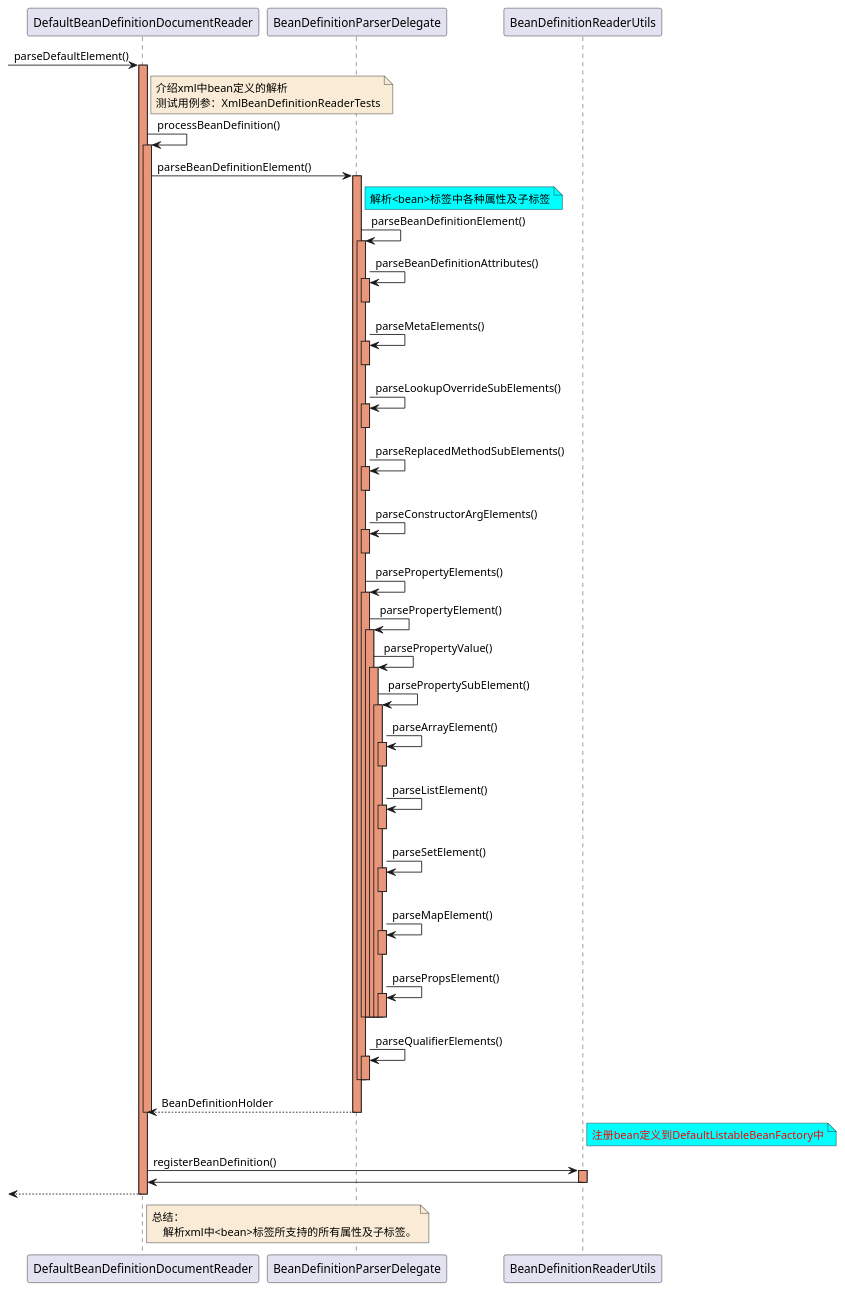
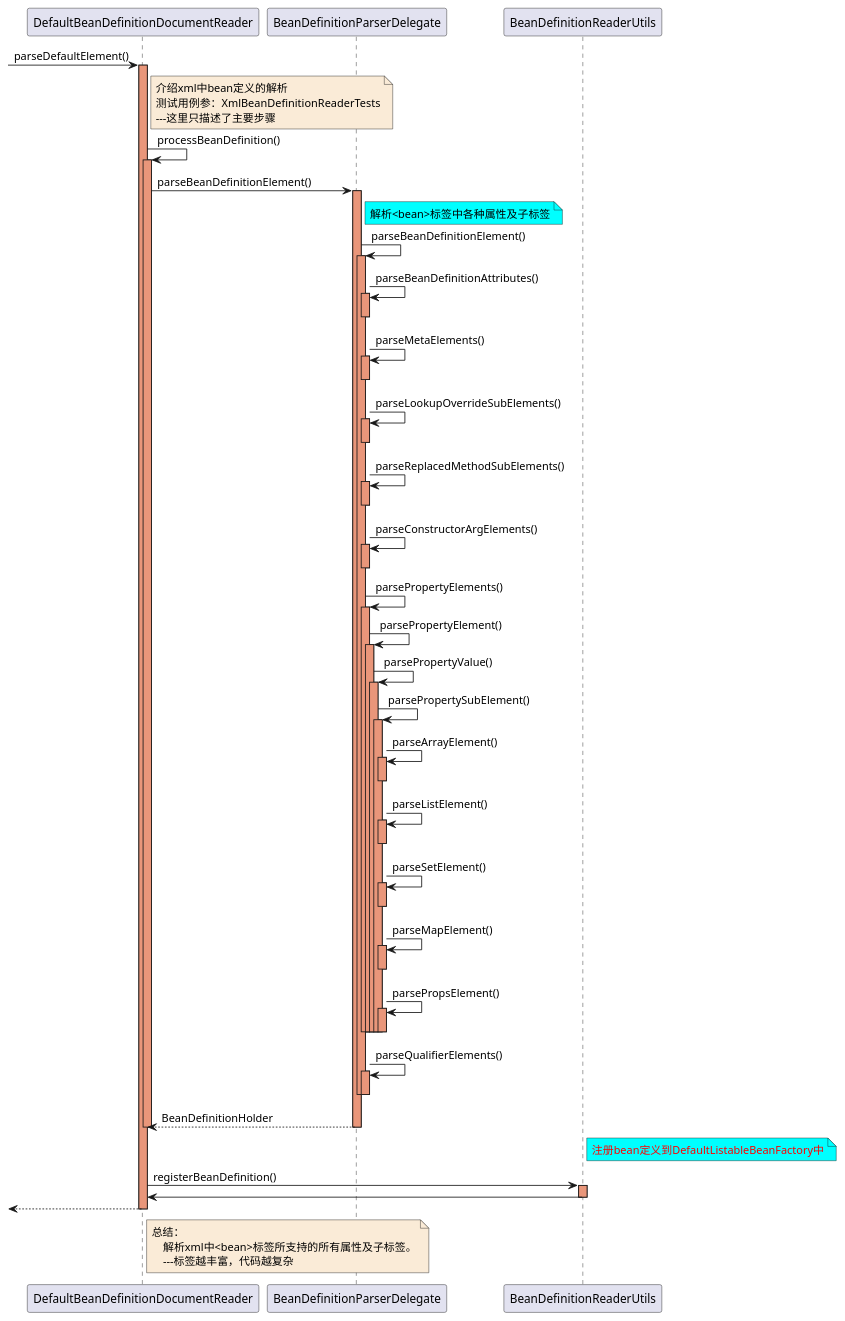
One commit to czwer/learn-spring-code changed the diagram in document/spring/base/sequence/BeanDefinition-Load-0-ByXml-1-DefaultBeanDefinitionDocumentReader_parseDefaultElement-sequence.puml. Above: the diagram before and after it, drawn with PlantUML. The commit also changed 14 other files, not shown here.

```diff
--- a/document/spring/base/sequence/BeanDefinition-Load-0-ByXml-1-DefaultBeanDefinitionDocumentReader_parseDefaultElement-sequence.puml
+++ b/document/spring/base/sequence/BeanDefinition-Load-0-ByXml-1-DefaultBeanDefinitionDocumentReader_parseDefaultElement-sequence.puml
@@ -1,112 +1,114 @@
 @startuml
 
 -> DefaultBeanDefinitionDocumentReader : parseDefaultElement()
 activate DefaultBeanDefinitionDocumentReader #DarkSalmon
 
     note right of DefaultBeanDefinitionDocumentReader #FAEBD7
         介绍xml中bean定义的解析
         测试用例参：XmlBeanDefinitionReaderTests
+        ---这里只描述了主要步骤
     end note
 
     DefaultBeanDefinitionDocumentReader -> DefaultBeanDefinitionDocumentReader : processBeanDefinition()
     activate DefaultBeanDefinitionDocumentReader #DarkSalmon
 
         DefaultBeanDefinitionDocumentReader -> BeanDefinitionParserDelegate : parseBeanDefinitionElement()
         activate BeanDefinitionParserDelegate #DarkSalmon
 
             note right of BeanDefinitionParserDelegate #aqua
                 解析<bean>标签中各种属性及子标签
             end note
             BeanDefinitionParserDelegate -> BeanDefinitionParserDelegate : parseBeanDefinitionElement()
             activate BeanDefinitionParserDelegate #DarkSalmon
 
                 BeanDefinitionParserDelegate -> BeanDefinitionParserDelegate : parseBeanDefinitionAttributes()
                 activate BeanDefinitionParserDelegate #DarkSalmon
                 deactivate BeanDefinitionParserDelegate
 
                 BeanDefinitionParserDelegate -> BeanDefinitionParserDelegate : parseMetaElements()
                 activate BeanDefinitionParserDelegate #DarkSalmon
                 deactivate BeanDefinitionParserDelegate
 
                 BeanDefinitionParserDelegate -> BeanDefinitionParserDelegate : parseLookupOverrideSubElements()
                 activate BeanDefinitionParserDelegate #DarkSalmon
                 deactivate BeanDefinitionParserDelegate
 
                 BeanDefinitionParserDelegate -> BeanDefinitionParserDelegate : parseReplacedMethodSubElements()
                 activate BeanDefinitionParserDelegate #DarkSalmon
                 deactivate BeanDefinitionParserDelegate
 
                 BeanDefinitionParserDelegate -> BeanDefinitionParserDelegate : parseConstructorArgElements()
                 activate BeanDefinitionParserDelegate #DarkSalmon
                 deactivate BeanDefinitionParserDelegate
 
                 BeanDefinitionParserDelegate -> BeanDefinitionParserDelegate : parsePropertyElements()
                 activate BeanDefinitionParserDelegate #DarkSalmon
 
                     BeanDefinitionParserDelegate -> BeanDefinitionParserDelegate : parsePropertyElement()
                     activate BeanDefinitionParserDelegate #DarkSalmon
 
                         BeanDefinitionParserDelegate -> BeanDefinitionParserDelegate : parsePropertyValue()
                         activate BeanDefinitionParserDelegate #DarkSalmon
 
                             BeanDefinitionParserDelegate -> BeanDefinitionParserDelegate : parsePropertySubElement()
                             activate BeanDefinitionParserDelegate #DarkSalmon
 
                                 BeanDefinitionParserDelegate -> BeanDefinitionParserDelegate : parseArrayElement()
                                 activate BeanDefinitionParserDelegate #DarkSalmon
                                 deactivate BeanDefinitionParserDelegate
 
                                 BeanDefinitionParserDelegate -> BeanDefinitionParserDelegate : parseListElement()
                                 activate BeanDefinitionParserDelegate #DarkSalmon
                                 deactivate BeanDefinitionParserDelegate
 
                                 BeanDefinitionParserDelegate -> BeanDefinitionParserDelegate : parseSetElement()
                                 activate BeanDefinitionParserDelegate #DarkSalmon
                                 deactivate BeanDefinitionParserDelegate
 
                                 BeanDefinitionParserDelegate -> BeanDefinitionParserDelegate : parseMapElement()
                                 activate BeanDefinitionParserDelegate #DarkSalmon
                                 deactivate BeanDefinitionParserDelegate
 
                                 BeanDefinitionParserDelegate -> BeanDefinitionParserDelegate : parsePropsElement()
                                 activate BeanDefinitionParserDelegate #DarkSalmon
                                 deactivate BeanDefinitionParserDelegate
 
                             deactivate BeanDefinitionParserDelegate
 
                         deactivate BeanDefinitionParserDelegate
 
                     deactivate BeanDefinitionParserDelegate
 
                 deactivate BeanDefinitionParserDelegate
 
                 BeanDefinitionParserDelegate -> BeanDefinitionParserDelegate : parseQualifierElements()
                 activate BeanDefinitionParserDelegate #DarkSalmon
                 deactivate BeanDefinitionParserDelegate
 
             deactivate BeanDefinitionParserDelegate
 
         BeanDefinitionParserDelegate --> DefaultBeanDefinitionDocumentReader : BeanDefinitionHolder
         deactivate BeanDefinitionParserDelegate
 
     deactivate DefaultBeanDefinitionDocumentReader
 
     note right of BeanDefinitionReaderUtils #aqua
         <font color=red>注册bean定义到DefaultListableBeanFactory中</font>
     end note
     DefaultBeanDefinitionDocumentReader -> BeanDefinitionReaderUtils : registerBeanDefinition()
     activate BeanDefinitionReaderUtils #DarkSalmon
     BeanDefinitionReaderUtils -> DefaultBeanDefinitionDocumentReader
     deactivate BeanDefinitionReaderUtils
 
 
 
 <--DefaultBeanDefinitionDocumentReader
 deactivate DefaultBeanDefinitionDocumentReader
 
 note right of DefaultBeanDefinitionDocumentReader #FAEBD7
     总结：
         解析xml中<bean>标签所支持的所有属性及子标签。
+        ---标签越丰富，代码越复杂
 end note
 
 @enduml
```
